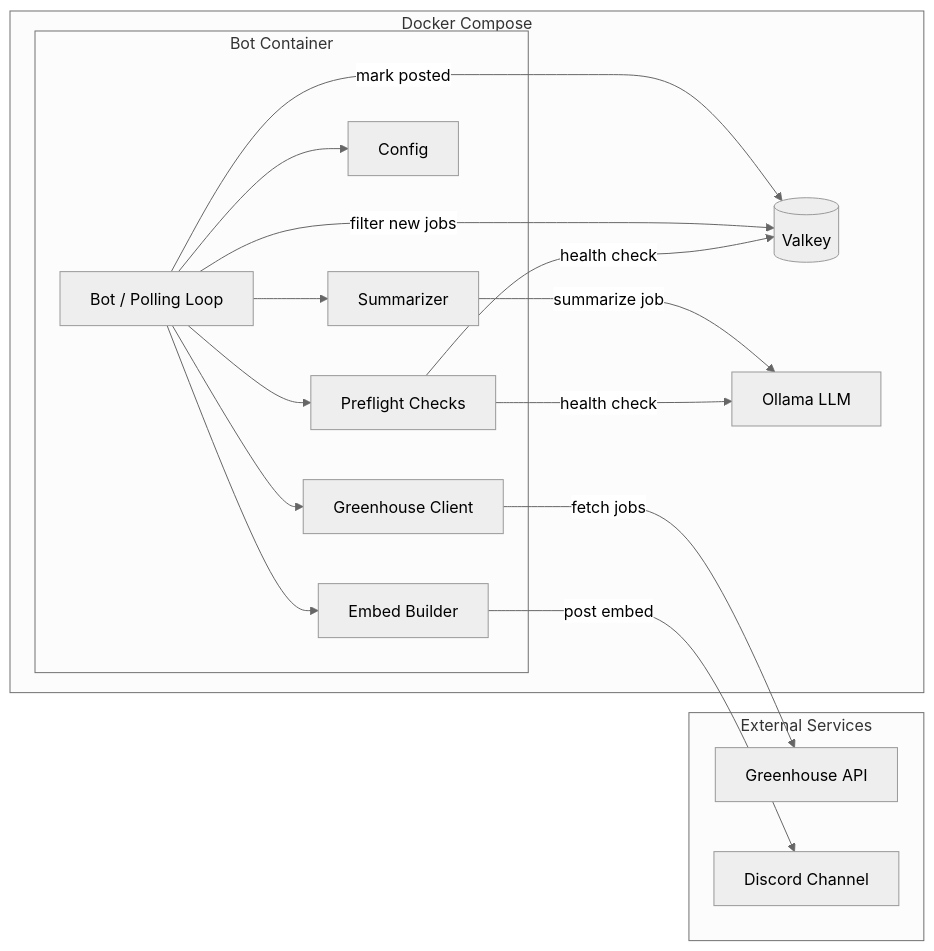
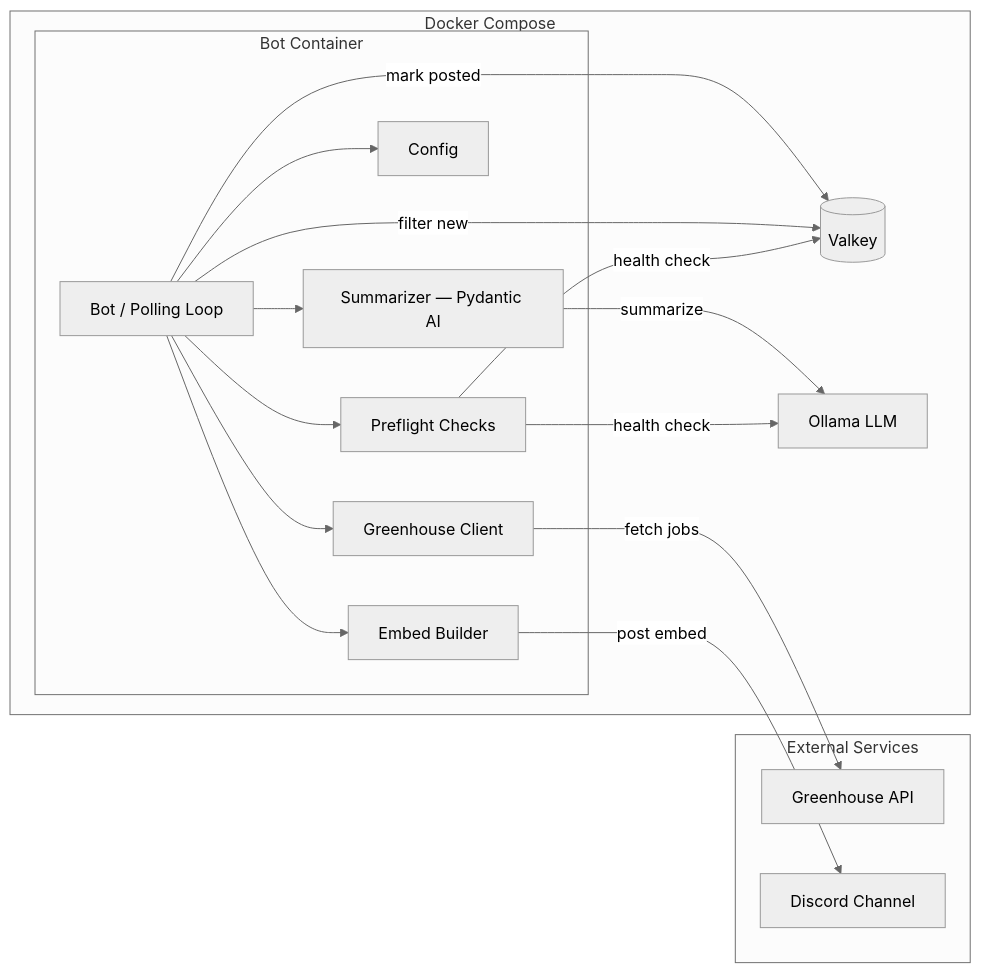
One commit to BlackPythonDevs/job-crawler changed the diagram in README.md. Above: the diagram before and after it, drawn with Mermaid (neutral theme). The commit also changed other lines of this file, not shown here.

````diff
--- a/README.md
+++ b/README.md
@@ -7,33 +9,33 @@
 ```mermaid
 flowchart LR
     subgraph External Services
         GH[Greenhouse API]
         DC[Discord Channel]
     end
 
     subgraph Docker Compose
         subgraph Bot Container
             BOT[Bot / Polling Loop]
             PF[Preflight Checks]
             CFG[Config]
             EMB[Embed Builder]
-            SUM[Summarizer]
+            SUM[Summarizer — Pydantic AI]
             GHC[Greenhouse Client]
         end
         VK[(Valkey)]
         OL[Ollama LLM]
     end
 
+    BOT --> PF
     PF -->|health check| VK
     PF -->|health check| OL
     BOT --> CFG
-    BOT --> PF
     BOT --> GHC
     GHC -->|fetch jobs| GH
-    BOT -->|filter new jobs| VK
+    BOT -->|filter new| VK
     BOT --> SUM
-    SUM -->|summarize job| OL
+    SUM -->|summarize| OL
     BOT --> EMB
     EMB -->|post embed| DC
     BOT -->|mark posted| VK
 ```
````
